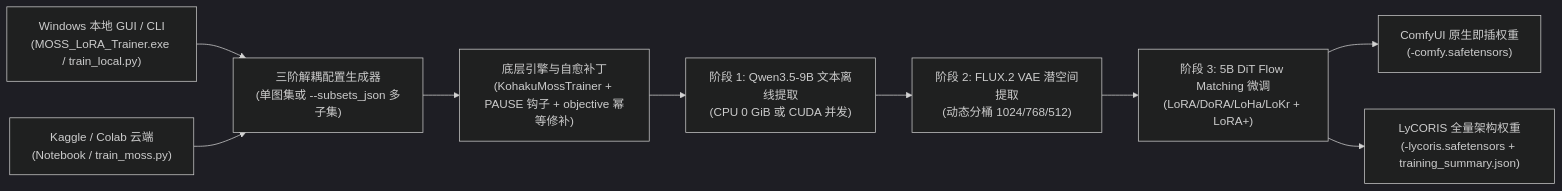
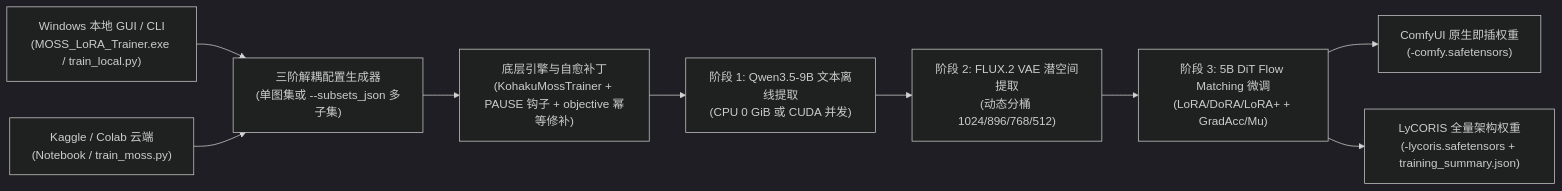
The diagram in README.md (abysschaos/kaggle-moss-lora-pipeline), drawn with Mermaid (dark theme) before and after one commit. The commit also changed other lines of this file and 14 other files, not shown here.

Commit message:
feat(v1.3.0): add timestep_mu, grad_acc, base_precision, 896 resolution, drop_tokens, and enhanced presets

````diff
--- a/README.md
+++ b/README.md
@@ -44,11 +44,11 @@
 ```mermaid
 flowchart LR
     U1["Windows 本地 GUI / CLI<br/>(MOSS_LoRA_Trainer.exe / train_local.py)"] --> P1["三阶解耦配置生成器<br/>(单图集或 --subsets_json 多子集)"]
     U2["Kaggle / Colab 云端<br/>(Notebook / train_moss.py)"] --> P1
     P1 --> P2["底层引擎与自愈补丁<br/>(KohakuMossTrainer + PAUSE 钩子 + objective 幂等修补)"]
     P2 --> S1["阶段 1: Qwen3.5-9B 文本离线提取<br/>(CPU 0 GiB 或 CUDA 并发)"]
-    S1 --> S2["阶段 2: FLUX.2 VAE 潜空间提取<br/>(动态分桶 1024/768/512)"]
-    S2 --> S3["阶段 3: 5B DiT Flow Matching 微调<br/>(LoRA/DoRA/LoHa/LoKr + LoRA+)"]
+    S1 --> S2["阶段 2: FLUX.2 VAE 潜空间提取<br/>(动态分桶 1024/896/768/512)"]
+    S2 --> S3["阶段 3: 5B DiT Flow Matching 微调<br/>(LoRA/DoRA/LoRA+ + GradAcc/Mu)"]
     S3 --> O1["ComfyUI 原生即插权重<br/>(<lora_name>-comfy.safetensors)"]
     S3 --> O2["LyCORIS 全量架构权重<br/>(<lora_name>-lycoris.safetensors + training_summary.json)"]
 ```
````
